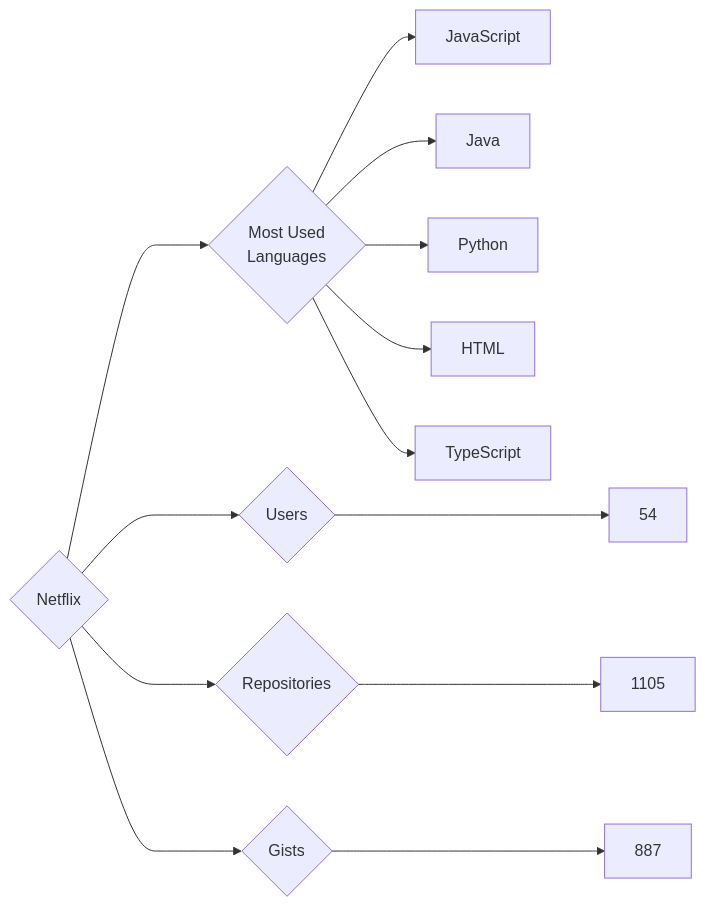
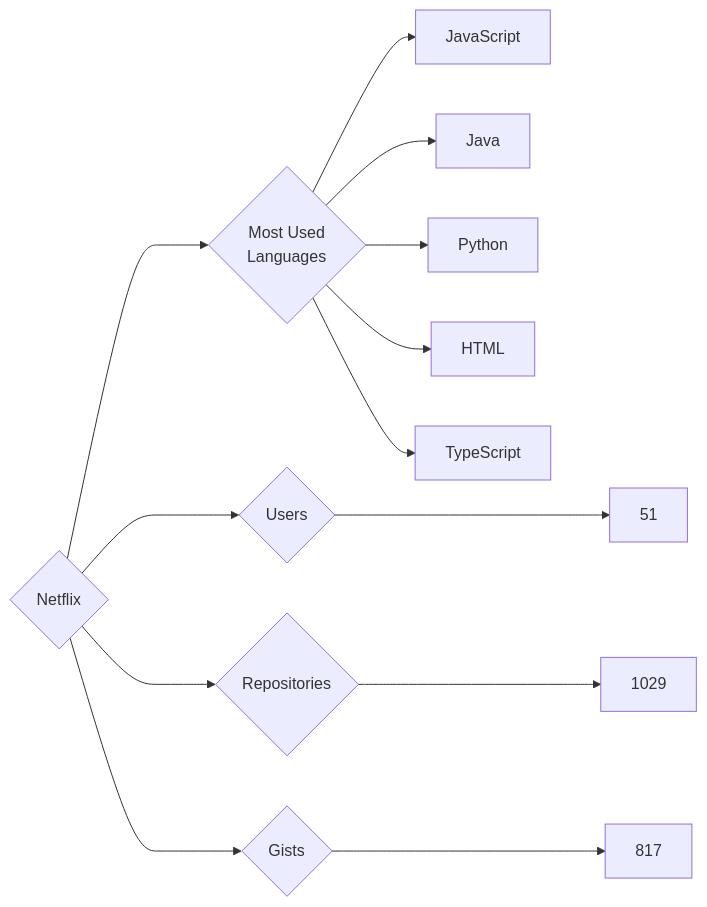
The diagram in targets/Netflix/README.md (trickest/insiders), drawn with Mermaid before and after one commit. The commit also changed 920 other files, not shown here.

````diff
--- a/targets/Netflix/README.md
+++ b/targets/Netflix/README.md
@@ -3,13 +3,13 @@
 ```mermaid
 graph LR
 COMPANY_NAME{Netflix}
-COMPANY_NAME ---> U{Users} ---> UN[54]
-COMPANY_NAME ---> R{Repositories} ---> RN[1105]
-COMPANY_NAME ---> G{Gists} ---> GN[887]
+COMPANY_NAME ---> U{Users} ---> UN[51]
+COMPANY_NAME ---> R{Repositories} ---> RN[1029]
+COMPANY_NAME ---> G{Gists} ---> GN[817]
 COMPANY_NAME ---> ML{Most Used<br>Languages}
 ML --> JavaScript[JavaScript]
 ML --> Java[Java]
 ML --> Python[Python]
 ML --> HTML[HTML]
 ML --> TypeScript[TypeScript]
 ```
````
